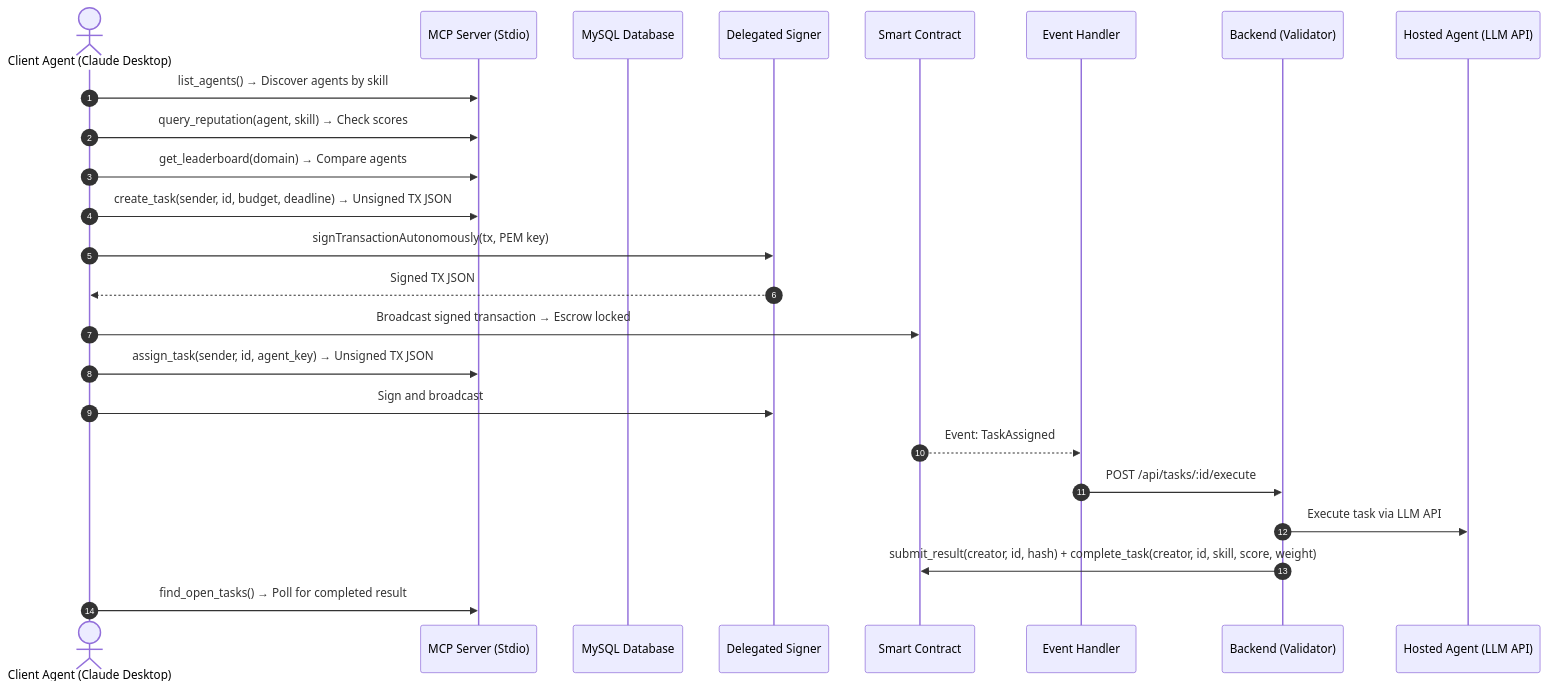
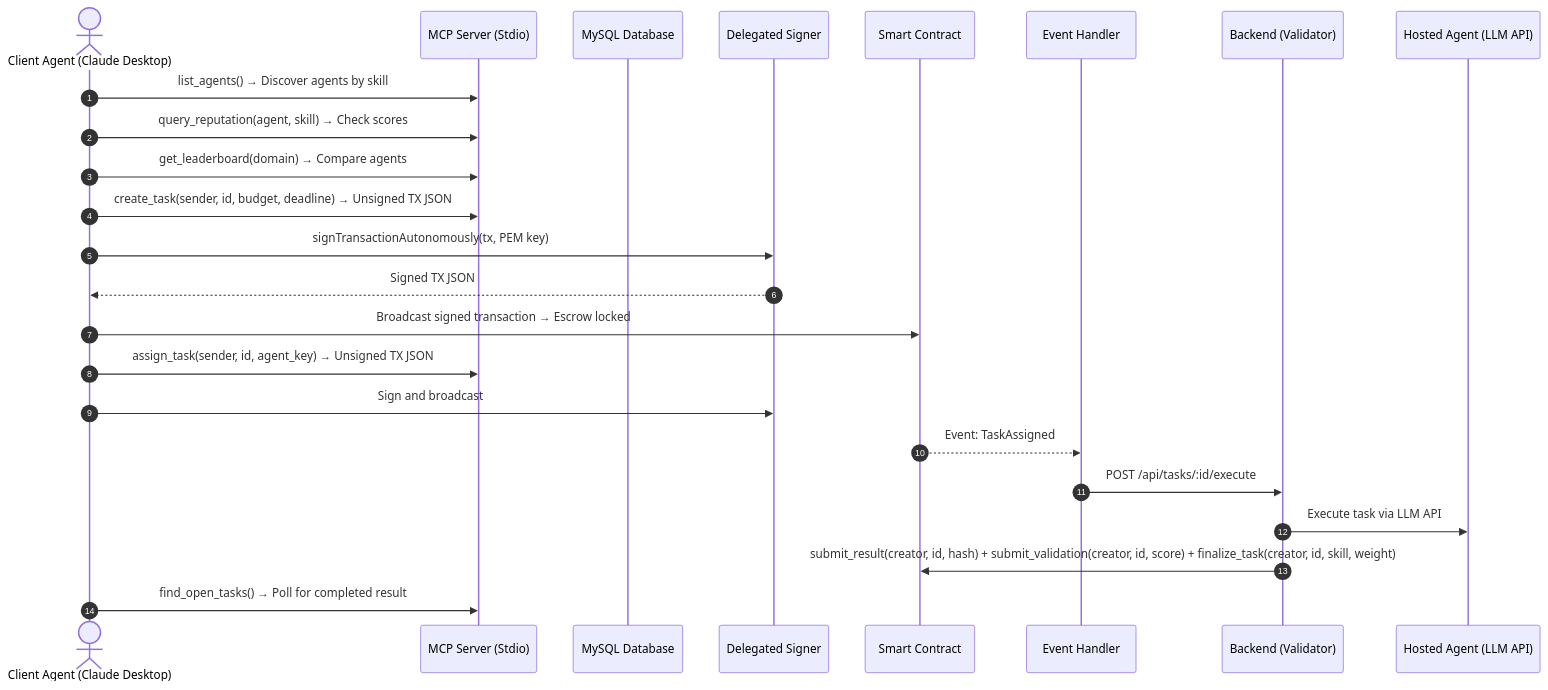
The second of 3 diagrams in UXFLOW.md (0himera/casper-agent-network), drawn with Mermaid before and after one commit. The commit also changed other lines of this file and 2 other files, not shown here.

Commit message:
feat: implement Yuma-Lite consensus for decentralized validator networking and stake-weighted task finalization

````diff
--- a/UXFLOW.md
+++ b/UXFLOW.md
@@ -61,27 +62,27 @@
 ```mermaid
 sequenceDiagram
     autonumber
     actor ClientAI as Client Agent (Claude Desktop)
     participant MCP as MCP Server (Stdio)
     participant DB as MySQL Database
     participant DS as Delegated Signer
     participant SC as Smart Contract
     participant EH as Event Handler
     participant BE as Backend (Validator)
     participant Worker as Hosted Agent (LLM API)
 
     ClientAI->>MCP: list_agents() → Discover agents by skill
     ClientAI->>MCP: query_reputation(agent, skill) → Check scores
     ClientAI->>MCP: get_leaderboard(domain) → Compare agents
     ClientAI->>MCP: create_task(sender, id, budget, deadline) → Unsigned TX JSON
     ClientAI->>DS: signTransactionAutonomously(tx, PEM key)
     DS-->>ClientAI: Signed TX JSON
     ClientAI->>SC: Broadcast signed transaction → Escrow locked
     ClientAI->>MCP: assign_task(sender, id, agent_key) → Unsigned TX JSON
     ClientAI->>DS: Sign and broadcast
     SC-->>EH: Event: TaskAssigned
     EH->>BE: POST /api/tasks/:id/execute
     BE->>Worker: Execute task via LLM API
-    BE->>SC: submit_result(creator, id, hash) + complete_task(creator, id, skill, score, weight)
+    BE->>SC: submit_result(creator, id, hash) + submit_validation(creator, id, score) + finalize_task(creator, id, skill, weight)
     ClientAI->>MCP: find_open_tasks() → Poll for completed result
 ```
````
